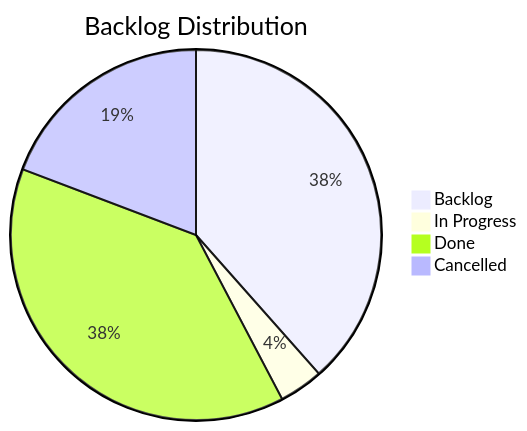
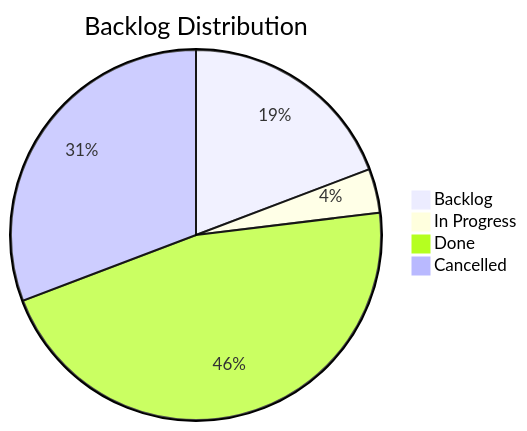
Before and after one commit to TheCodeCreature/Hytale-Example-Plugin: the diagram in docs/board.md, drawn with Mermaid. The commit also changed other lines of this file and 30 other files, not shown here.

````diff
--- a/docs/board.md
+++ b/docs/board.md
@@ -7,7 +7,7 @@
 ```mermaid
 pie title Backlog Distribution
-    "Backlog" : 10
+    "Backlog" : 5
     "In Progress" : 1
-    "Done" : 10
-    "Cancelled" : 5
+    "Done" : 12
+    "Cancelled" : 8
 ```
````
